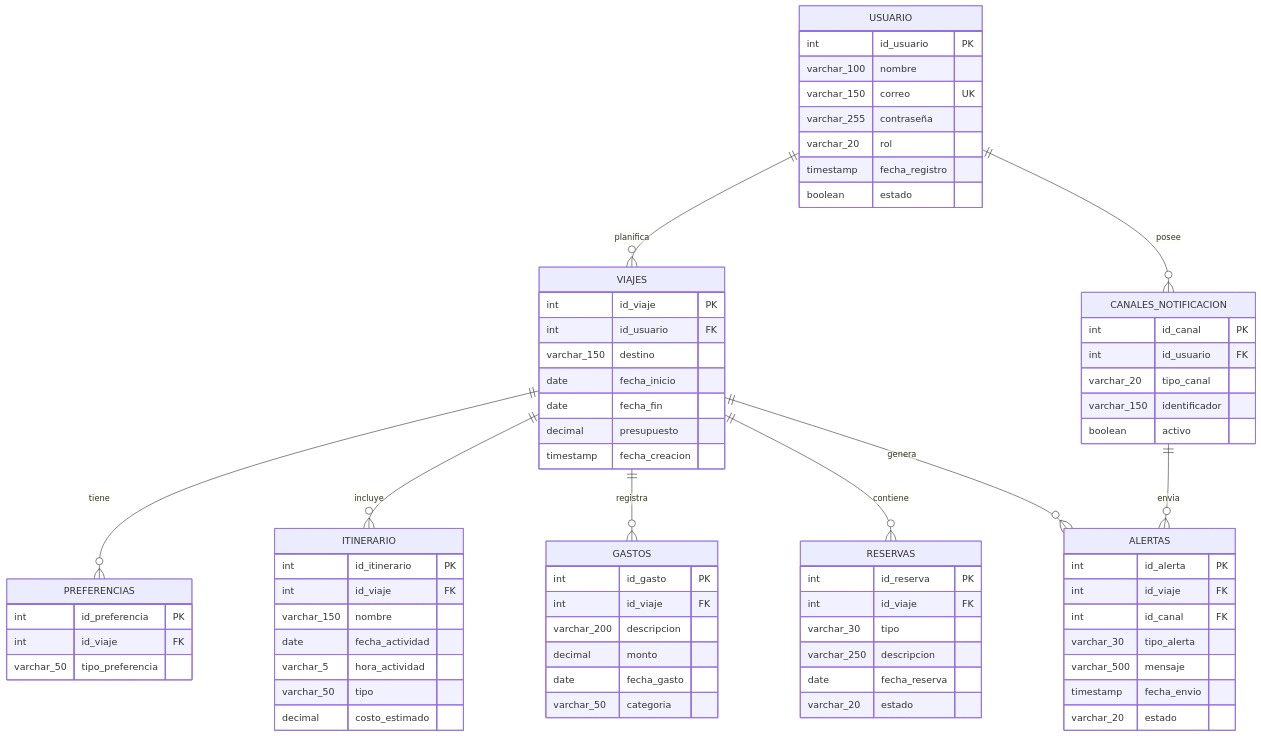
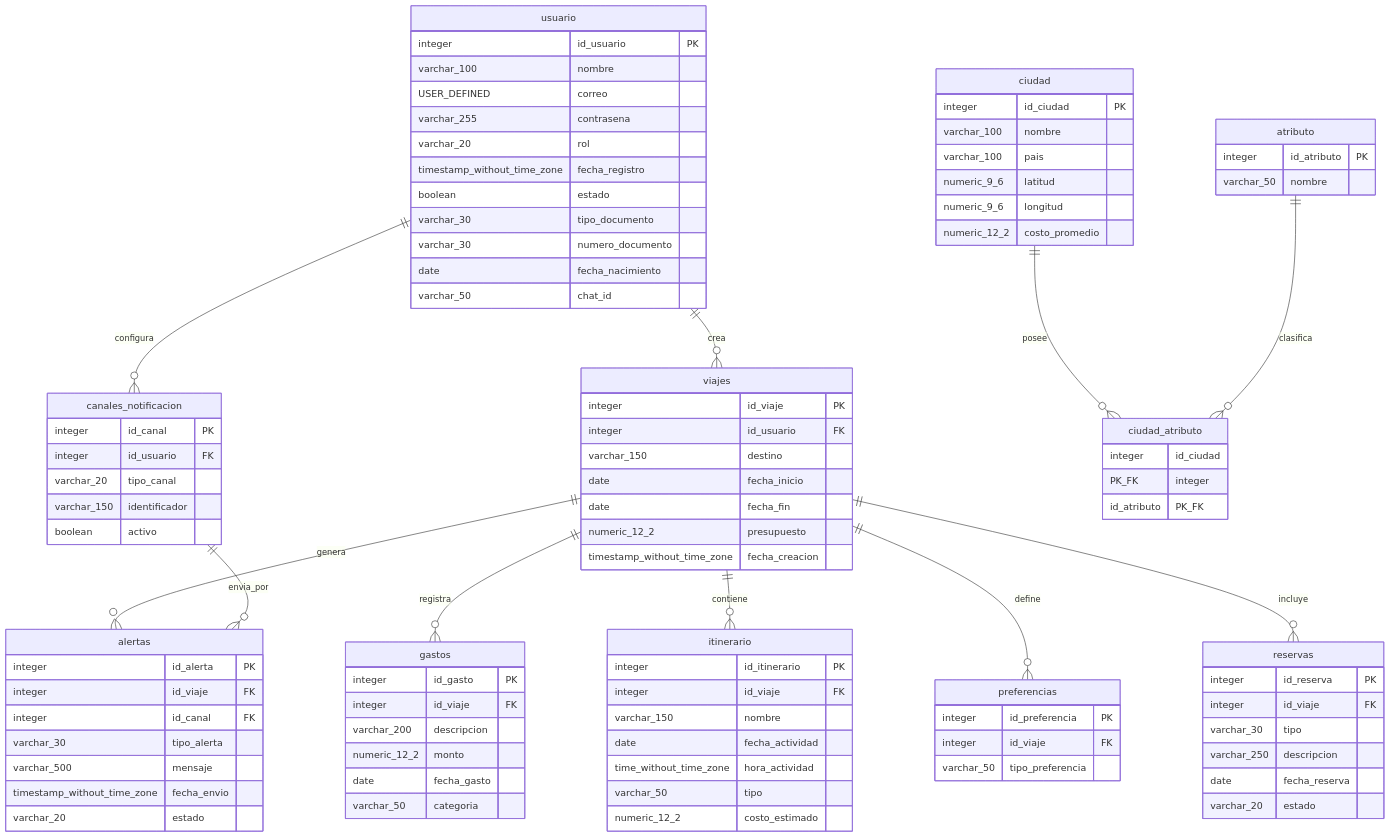
The diagram in database/Diagrama-Entidad-Relacion.md (puj-course/FIS_2630_1204_G3), drawn with Mermaid before and after one commit.

Commit message:
Actualizacion base de datos (#275)

````diff
--- a/database/Diagrama-Entidad-Relacion.md
+++ b/database/Diagrama-Entidad-Relacion.md
@@ -3,83 +3,108 @@
 ```mermaid
 erDiagram
-    USUARIO ||--o{ VIAJES : planifica
-    USUARIO ||--o{ CANALES_NOTIFICACION : posee
-    VIAJES ||--o{ PREFERENCIAS : tiene
-    VIAJES ||--o{ ITINERARIO : incluye
-    VIAJES ||--o{ GASTOS : registra
-    VIAJES ||--o{ RESERVAS : contiene
-    VIAJES ||--o{ ALERTAS : genera
-    CANALES_NOTIFICACION ||--o{ ALERTAS : envia
+    usuario ||--o{ viajes : "crea"
+    usuario ||--o{ canales_notificacion : "configura"
+    viajes ||--o{ alertas : "genera"
+    canales_notificacion ||--o{ alertas : "envia_por"
+    viajes ||--o{ gastos : "registra"
+    viajes ||--o{ itinerario : "contiene"
+    viajes ||--o{ preferencias : "define"
+    viajes ||--o{ reservas : "incluye"
+    ciudad ||--o{ ciudad_atributo : "posee"
+    atributo ||--o{ ciudad_atributo : "clasifica"
 
-    USUARIO {
-        int id_usuario PK
+    usuario {
+        integer id_usuario PK
         varchar_100 nombre
-        varchar_150 correo UK
-        varchar_255 contraseña
+        USER_DEFINED correo
+        varchar_255 contrasena
         varchar_20 rol
-        timestamp fecha_registro
+        timestamp_without_time_zone fecha_registro
         boolean estado
+        varchar_30 tipo_documento
+        varchar_30 numero_documento
+        date fecha_nacimiento
+        varchar_50 chat_id
     }
 
-    VIAJES {
-        int id_viaje PK
-        int id_usuario FK
+    viajes {
+        integer id_viaje PK
+        integer id_usuario FK
         varchar_150 destino
         date fecha_inicio
         date fecha_fin
-        decimal presupuesto
-        timestamp fecha_creacion
+        numeric_12_2 presupuesto
+        timestamp_without_time_zone fecha_creacion
     }
 
-    CANALES_NOTIFICACION {
-        int id_canal PK
-        int id_usuario FK
+    canales_notificacion {
+        integer id_canal PK
+        integer id_usuario FK
         varchar_20 tipo_canal
         varchar_150 identificador
         boolean activo
     }
 
-    PREFERENCIAS {
-        int id_preferencia PK
-        int id_viaje FK
-        varchar_50 tipo_preferencia
+    alertas {
+        integer id_alerta PK
+        integer id_viaje FK
+        integer id_canal FK
+        varchar_30 tipo_alerta
+        varchar_500 mensaje
+        timestamp_without_time_zone fecha_envio
+        varchar_20 estado
     }
 
-    ITINERARIO {
-        int id_itinerario PK
-        int id_viaje FK
-        varchar_150 nombre
-        date fecha_actividad
-        varchar_5 hora_actividad
-        varchar_50 tipo
-        decimal costo_estimado
-    }
-
-    GASTOS {
-        int id_gasto PK
-        int id_viaje FK
+    gastos {
+        integer id_gasto PK
+        integer id_viaje FK
         varchar_200 descripcion
-        decimal monto
+        numeric_12_2 monto
         date fecha_gasto
         varchar_50 categoria
     }
 
-    RESERVAS {
-        int id_reserva PK
-        int id_viaje FK
+    itinerario {
+        integer id_itinerario PK
+        integer id_viaje FK
+        varchar_150 nombre
+        date fecha_actividad
+        time_without_time_zone hora_actividad
+        varchar_50 tipo
+        numeric_12_2 costo_estimado
+    }
+
+    preferencias {
+        integer id_preferencia PK
+        integer id_viaje FK
+        varchar_50 tipo_preferencia
+    }
+
+    reservas {
+        integer id_reserva PK
+        integer id_viaje FK
         varchar_30 tipo
         varchar_250 descripcion
         date fecha_reserva
         varchar_20 estado
     }
 
-    ALERTAS {
-        int id_alerta PK
-        int id_viaje FK
-        int id_canal FK
-        varchar_30 tipo_alerta
-        varchar_500 mensaje
-        timestamp fecha_envio
-        varchar_20 estado
+    ciudad {
+        integer id_ciudad PK
+        varchar_100 nombre
+        varchar_100 pais
+        numeric_9_6 latitud
+        numeric_9_6 longitud
+        numeric_12_2 costo_promedio
+    }
+
+    atributo {
+        integer id_atributo PK
+        varchar_50 nombre
+    }
+
+    ciudad_atributo {
+        integer id_ciudad PK_FK
+        integer id_atributo PK_FK
     }
 ```
````
